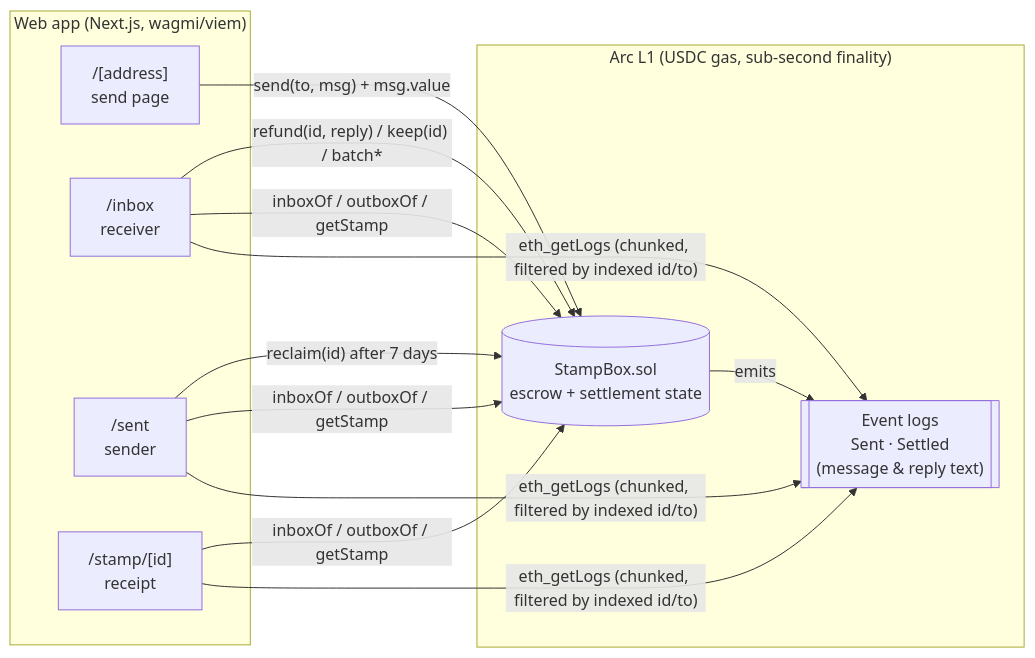
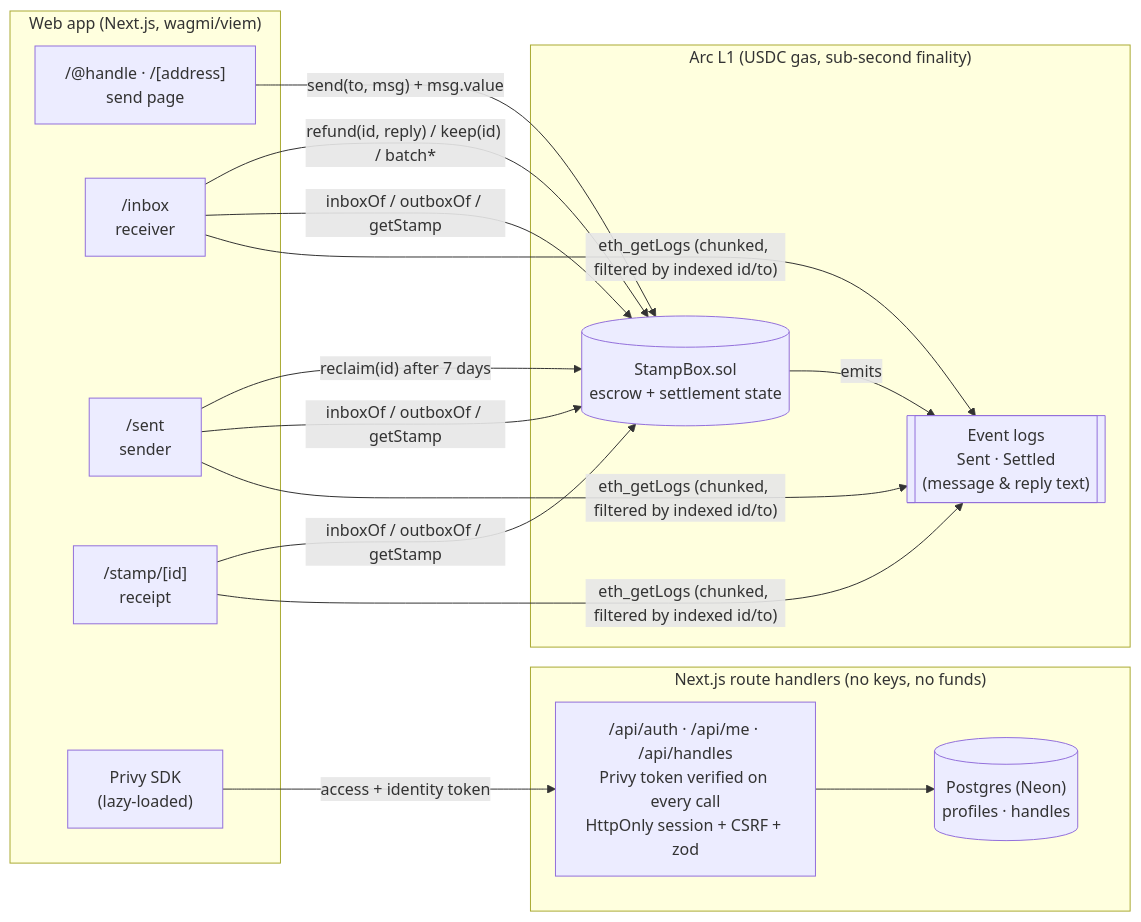
One commit to SuryaXyz-art/stamp changed the first of 2 diagrams in README.md. Above: the diagram before and after it, drawn with Mermaid. The commit also changed other lines of this file and 84 other files, not shown here.

First line of the commit message:
feat(web): accounts with Privy sign-in, handles, onboarding and settings (M2)

````diff
--- a/README.md
+++ b/README.md
@@ -54,21 +54,29 @@
 ```mermaid
 flowchart LR
     subgraph Browser["Web app (Next.js, wagmi/viem)"]
-      Send["/[address]<br/>send page"]
+      Send["/@handle · /[address]<br/>send page"]
       Inbox["/inbox<br/>receiver"]
       Sent["/sent<br/>sender"]
       Receipt["/stamp/[id]<br/>receipt"]
+      Auth["Privy SDK<br/>(lazy-loaded)"]
+    end
+
+    subgraph Server["Next.js route handlers (no keys, no funds)"]
+      API["/api/auth · /api/me · /api/handles<br/>Privy token verified on every call<br/>HttpOnly session + CSRF + zod"]
+      DB[("Postgres (Neon)<br/>profiles · handles")]
     end
 
     subgraph Arc["Arc L1 (USDC gas, sub-second finality)"]
       Box[("StampBox.sol<br/>escrow + settlement state")]
       Logs[["Event logs<br/>Sent · Settled<br/>(message & reply text)"]]
     end
 
     Send -- "send(to, msg) + msg.value" --> Box
     Inbox -- "refund(id, reply) / keep(id) / batch*" --> Box
     Sent -- "reclaim(id) after 7 days" --> Box
     Box -- emits --> Logs
     Inbox & Sent & Receipt -- "inboxOf / outboxOf / getStamp" --> Box
     Inbox & Sent & Receipt -- "eth_getLogs (chunked, filtered by indexed id/to)" --> Logs
+    Auth -- "access + identity token" --> API
+    API --> DB
 ```
````
